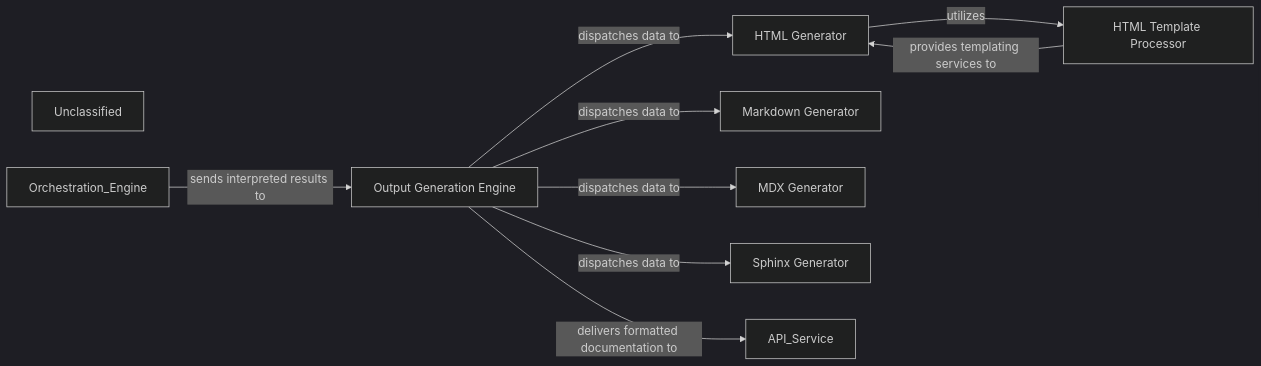
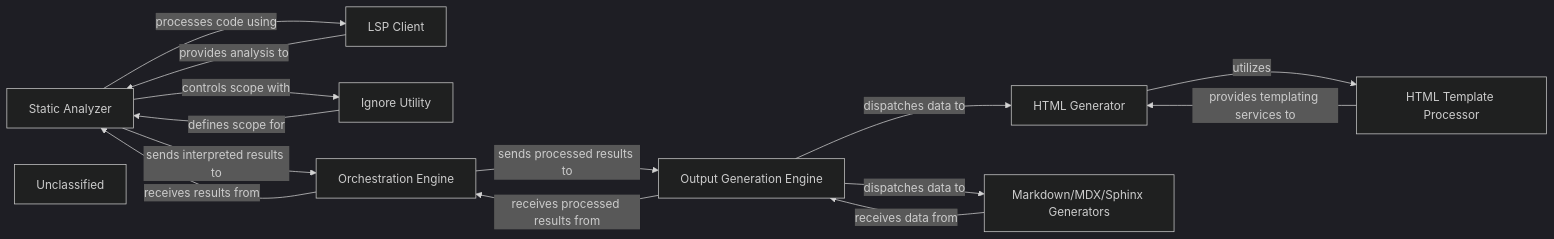
The diagram in .codeboarding/Output_Generation_Engine.md (CodeBoarding/CodeBoarding), drawn with Mermaid (dark theme) before and after one commit. The commit also changed other lines of this file and 11 other files, not shown here.

First line of the commit message:
docs: update codeboarding documentation and generate architecture

````diff
--- a/.codeboarding/Output_Generation_Engine.md
+++ b/.codeboarding/Output_Generation_Engine.md
@@ -1,19 +1,27 @@
 ```mermaid
 graph LR
+    Static_Analyzer["Static Analyzer"]
+    LSP_Client["LSP Client"]
+    Ignore_Utility["Ignore Utility"]
+    Orchestration_Engine["Orchestration Engine"]
     Output_Generation_Engine["Output Generation Engine"]
     HTML_Generator["HTML Generator"]
     HTML_Template_Processor["HTML Template Processor"]
-    Markdown_Generator["Markdown Generator"]
-    MDX_Generator["MDX Generator"]
-    Sphinx_Generator["Sphinx Generator"]
+    Markdown_MDX_Sphinx_Generators["Markdown/MDX/Sphinx Generators"]
     Unclassified["Unclassified"]
-    Orchestration_Engine -- "sends interpreted results to" --> Output_Generation_Engine
+    Static_Analyzer -- "processes code using" --> LSP_Client
+    Static_Analyzer -- "controls scope with" --> Ignore_Utility
+    Static_Analyzer -- "sends interpreted results to" --> Orchestration_Engine
+    LSP_Client -- "provides analysis to" --> Static_Analyzer
+    Ignore_Utility -- "defines scope for" --> Static_Analyzer
+    Orchestration_Engine -- "receives results from" --> Static_Analyzer
+    Orchestration_Engine -- "sends processed results to" --> Output_Generation_Engine
     Output_Generation_Engine -- "dispatches data to" --> HTML_Generator
-    Output_Generation_Engine -- "dispatches data to" --> Markdown_Generator
-    Output_Generation_Engine -- "dispatches data to" --> MDX_Generator
-    Output_Generation_Engine -- "dispatches data to" --> Sphinx_Generator
-    Output_Generation_Engine -- "delivers formatted documentation to" --> API_Service
+    Output_Generation_Engine -- "dispatches data to" --> Markdown_MDX_Sphinx_Generators
+    Output_Generation_Engine -- "receives processed results from" --> Orchestration_Engine
     HTML_Generator -- "utilizes" --> HTML_Template_Processor
     HTML_Template_Processor -- "provides templating services to" --> HTML_Generator
+    Markdown_MDX_Sphinx_Generators -- "receives data from" --> Output_Generation_Engine
+    click Orchestration_Engine href "https://github.com/CodeBoarding/CodeBoarding/blob/main/.codeboarding/Orchestration_Engine.md" "Details"
     click Output_Generation_Engine href "https://github.com/CodeBoarding/CodeBoarding/blob/main/.codeboarding/Output_Generation_Engine.md" "Details"
 ```
````
